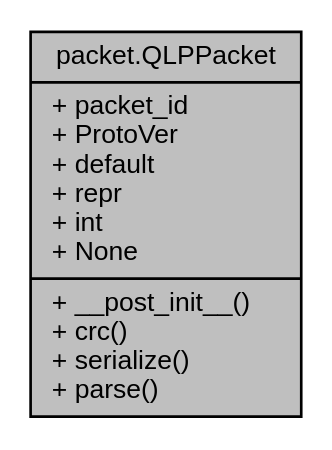
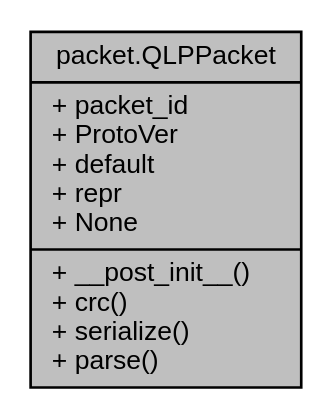
The diagram in classpacket_1_1QLPPacket__coll__graph.dot (Quantum-0/qlsc), drawn with Graphviz before and after one commit. The commit also changed 205 other files, not shown here.

```diff
--- a/classpacket_1_1QLPPacket__coll__graph.dot
+++ b/classpacket_1_1QLPPacket__coll__graph.dot
@@ -1,7 +1,7 @@
 digraph "packet.QLPPacket"
 {
  // LATEX_PDF_SIZE
   edge [fontname="Helvetica",fontsize="10",labelfontname="Helvetica",labelfontsize="10"];
   node [fontname="Helvetica",fontsize="10",shape=record];
-  Node1 [label="{packet.QLPPacket\n|+ packet_id\l+ ProtoVer\l+ default\l+ repr\l+ int\l+ None\l|+ __post_init__()\l+ crc()\l+ serialize()\l+ parse()\l}",height=0.2,width=0.4,color="black", fillcolor="grey75", style="filled", fontcolor="black",tooltip=" "];
+  Node1 [label="{packet.QLPPacket\n|+ packet_id\l+ ProtoVer\l+ default\l+ repr\l+ None\l|+ __post_init__()\l+ crc()\l+ serialize()\l+ parse()\l}",height=0.2,width=0.4,color="black", fillcolor="grey75", style="filled", fontcolor="black",tooltip=" "];
 }
```
